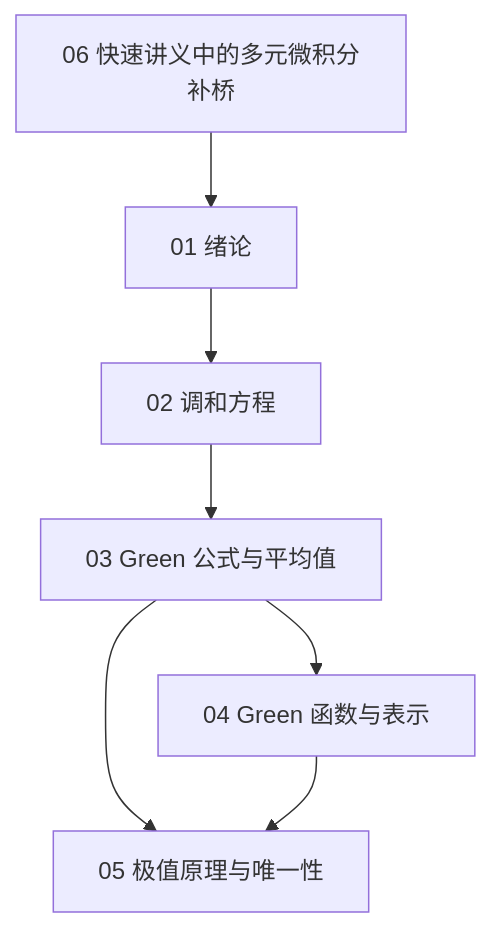
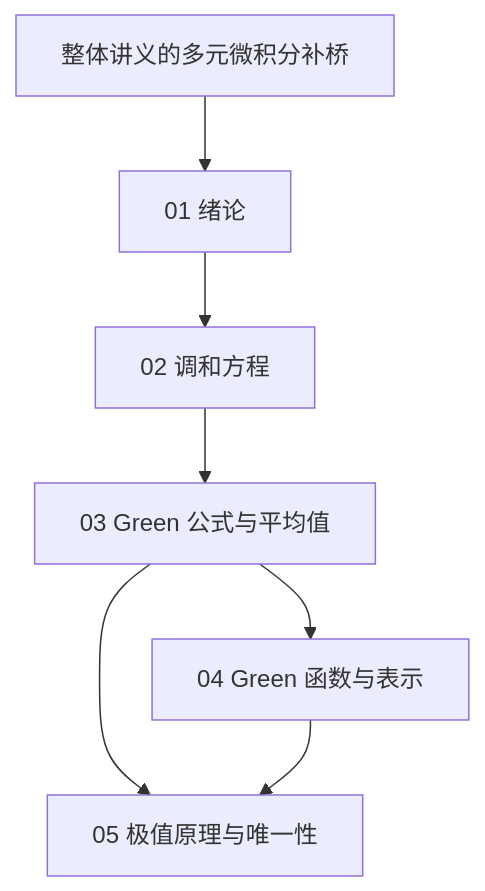
One commit to xsoc1/math-notes changed the first of 2 diagrams in 数学物理方程/00_课程笔记总览.md. Above: the diagram before and after it, drawn with Mermaid. The commit also changed other lines of this file and 18 other files, not shown here.

````diff
--- a/数学物理方程/00_课程笔记总览.md
+++ b/数学物理方程/00_课程笔记总览.md
@@ -75,9 +82,9 @@
 ```mermaid
 flowchart TD
-	Q[06 快速讲义中的多元微积分补桥] --> A[01 绪论]
+	Q[整体讲义的多元微积分补桥] --> A[01 绪论]
 	A --> B[02 调和方程]
 	B --> C[03 Green 公式与平均值]
 	C --> D[04 Green 函数与表示]
 	C --> E[05 极值原理与唯一性]
 	D --> E
 ```
````
